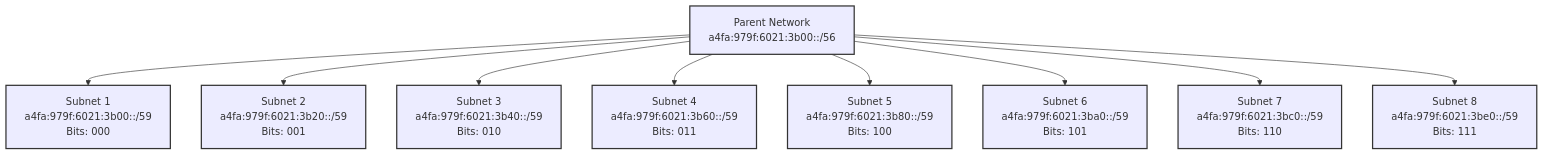
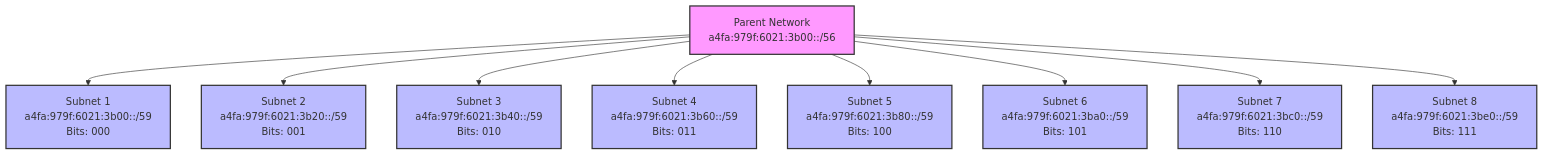
The seventh of 9 diagrams in Year_1/Semester_2/NETWORKING/Resources/Notes/5. Subnetting.md (PanagopoulosNikolaos/DitOpenNotes), drawn with Mermaid before and after one commit. The commit also changed other lines of this file and 61 other files, not shown here.

````diff
--- a/Year_1/Semester_2/NETWORKING/Resources/Notes/5. Subnetting.md
+++ b/Year_1/Semester_2/NETWORKING/Resources/Notes/5. Subnetting.md
@@ -567,20 +567,20 @@
 ```Mermaid
 graph TD
     A[Parent Network<br>a4fa:979f:6021:3b00::/56] --> B[Subnet 1<br>a4fa:979f:6021:3b00::/59<br>Bits: 000]
     A --> C[Subnet 2<br>a4fa:979f:6021:3b20::/59<br>Bits: 001]
     A --> D[Subnet 3<br>a4fa:979f:6021:3b40::/59<br>Bits: 010]
     A --> E[Subnet 4<br>a4fa:979f:6021:3b60::/59<br>Bits: 011]
     A --> F[Subnet 5<br>a4fa:979f:6021:3b80::/59<br>Bits: 100]
     A --> G[Subnet 6<br>a4fa:979f:6021:3ba0::/59<br>Bits: 101]
     A --> H[Subnet 7<br>a4fa:979f:6021:3bc0::/59<br>Bits: 110]
     A --> I[Subnet 8<br>a4fa:979f:6021:3be0::/59<br>Bits: 111]
-    style A fill:\#f9f,stroke:#333,stroke-width:2px
-    style B fill:\#bbf,stroke:#333,stroke-width:2px
-    style C fill:\#bbf,stroke:#333,stroke-width:2px
-    style D fill:\#bbf,stroke:#333,stroke-width:2px
-    style E fill:\#bbf,stroke:#333,stroke-width:2px
-    style F fill:\#bbf,stroke:#333,stroke-width:2px
-    style G fill:\#bbf,stroke:#333,stroke-width:2px
-    style H fill:\#bbf,stroke:#333,stroke-width:2px
-    style I fill:\#bbf,stroke:#333,stroke-width:2px
+    style A fill:#f9f,stroke:#333,stroke-width:2px
+    style B fill:#bbf,stroke:#333,stroke-width:2px
+    style C fill:#bbf,stroke:#333,stroke-width:2px
+    style D fill:#bbf,stroke:#333,stroke-width:2px
+    style E fill:#bbf,stroke:#333,stroke-width:2px
+    style F fill:#bbf,stroke:#333,stroke-width:2px
+    style G fill:#bbf,stroke:#333,stroke-width:2px
+    style H fill:#bbf,stroke:#333,stroke-width:2px
+    style I fill:#bbf,stroke:#333,stroke-width:2px
 ```
````
